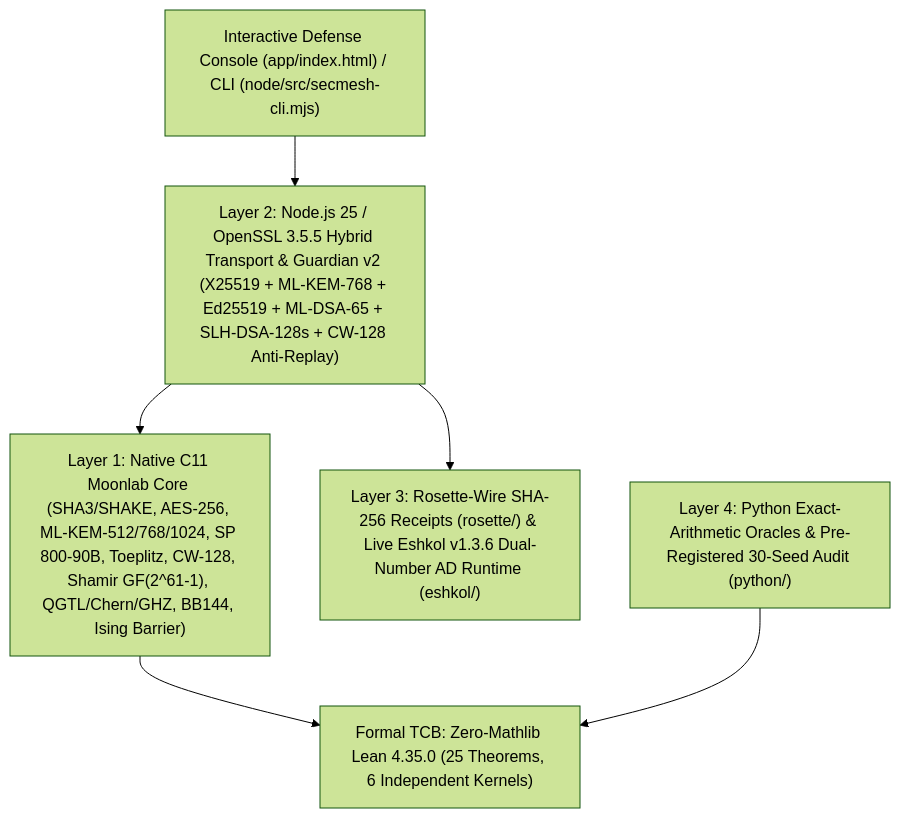
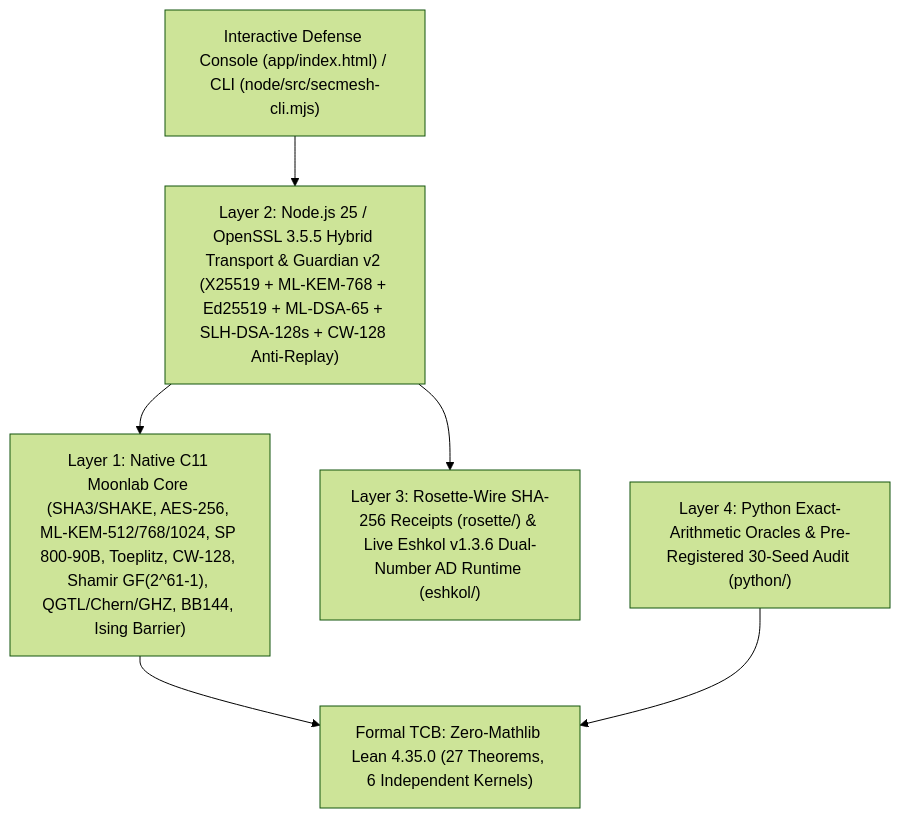
One commit to 0thernes/secmesh-pqsi changed the diagram in docs/architecture.md. Above: the diagram before and after it, drawn with Mermaid (forest theme). The commit also changed other lines of this file and 55 other files, not shown here.

Commit message:
Release v2.1.0: Theorem Family T7 (Toner monogamy & commitment no-go -> 27 six-kernel Lean theorems), bounded bootstrap CIs, GitHub MathJax & 24-page PDF polish

````diff
--- a/docs/architecture.md
+++ b/docs/architecture.md
@@ -5,9 +5,9 @@
 ```mermaid
 flowchart TD
   U["Interactive Defense Console (app/index.html) / CLI (node/src/secmesh-cli.mjs)"] --> N
   N["Layer 2: Node.js 25 / OpenSSL 3.5.5 Hybrid Transport & Guardian v2 (X25519 + ML-KEM-768 + Ed25519 + ML-DSA-65 + SLH-DSA-128s + CW-128 Anti-Replay)"] --> C
   N --> R["Layer 3: Rosette-Wire SHA-256 Receipts (rosette/) & Live Eshkol v1.3.6 Dual-Number AD Runtime (eshkol/)"]
   C["Layer 1: Native C11 Moonlab Core (SHA3/SHAKE, AES-256, ML-KEM-512/768/1024, SP 800-90B, Toeplitz, CW-128, Shamir GF(2^61-1), QGTL/Chern/GHZ, BB144, Ising Barrier)"] --> L
   P["Layer 4: Python Exact-Arithmetic Oracles & Pre-Registered 30-Seed Audit (python/)"] --> L
-  L["Formal TCB: Zero-Mathlib Lean 4.35.0 (25 Theorems, 6 Independent Kernels)"]
+  L["Formal TCB: Zero-Mathlib Lean 4.35.0 (27 Theorems, 6 Independent Kernels)"]
 ```
````
